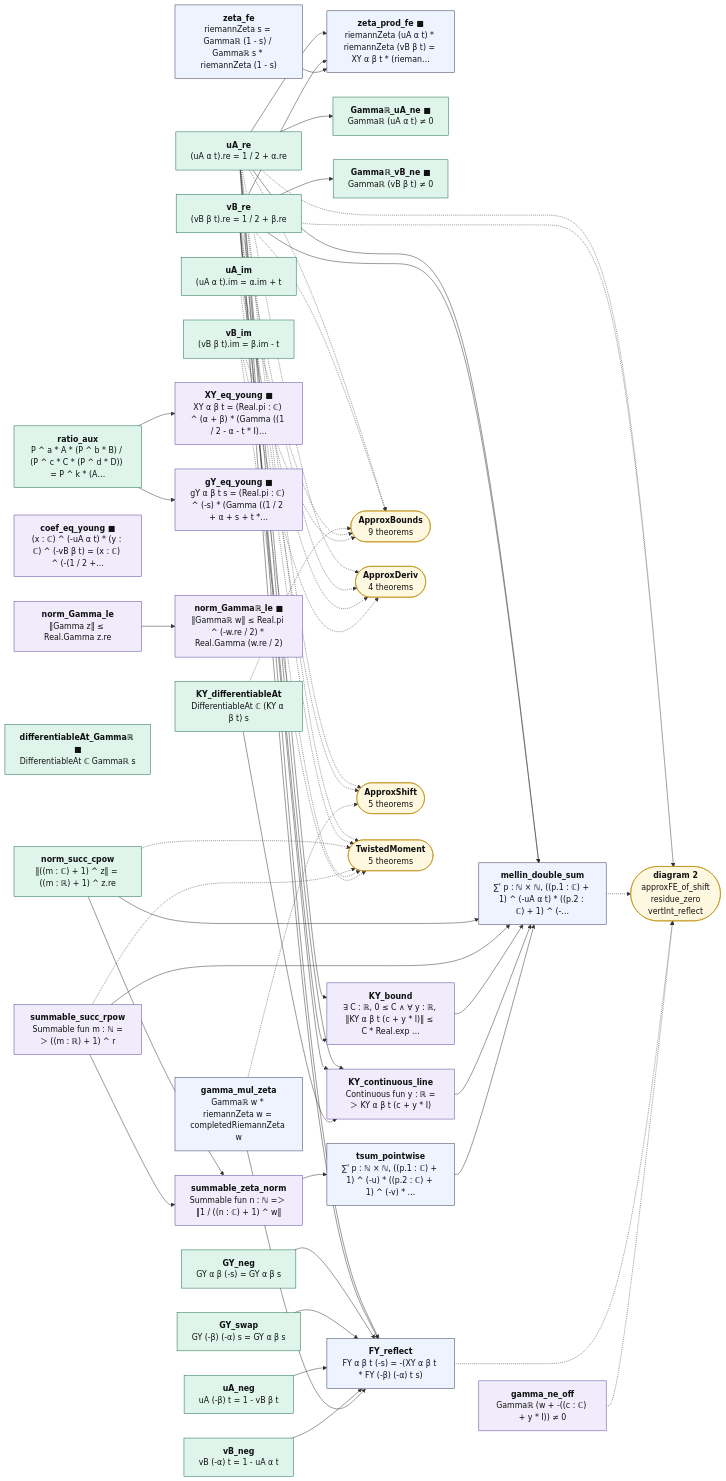
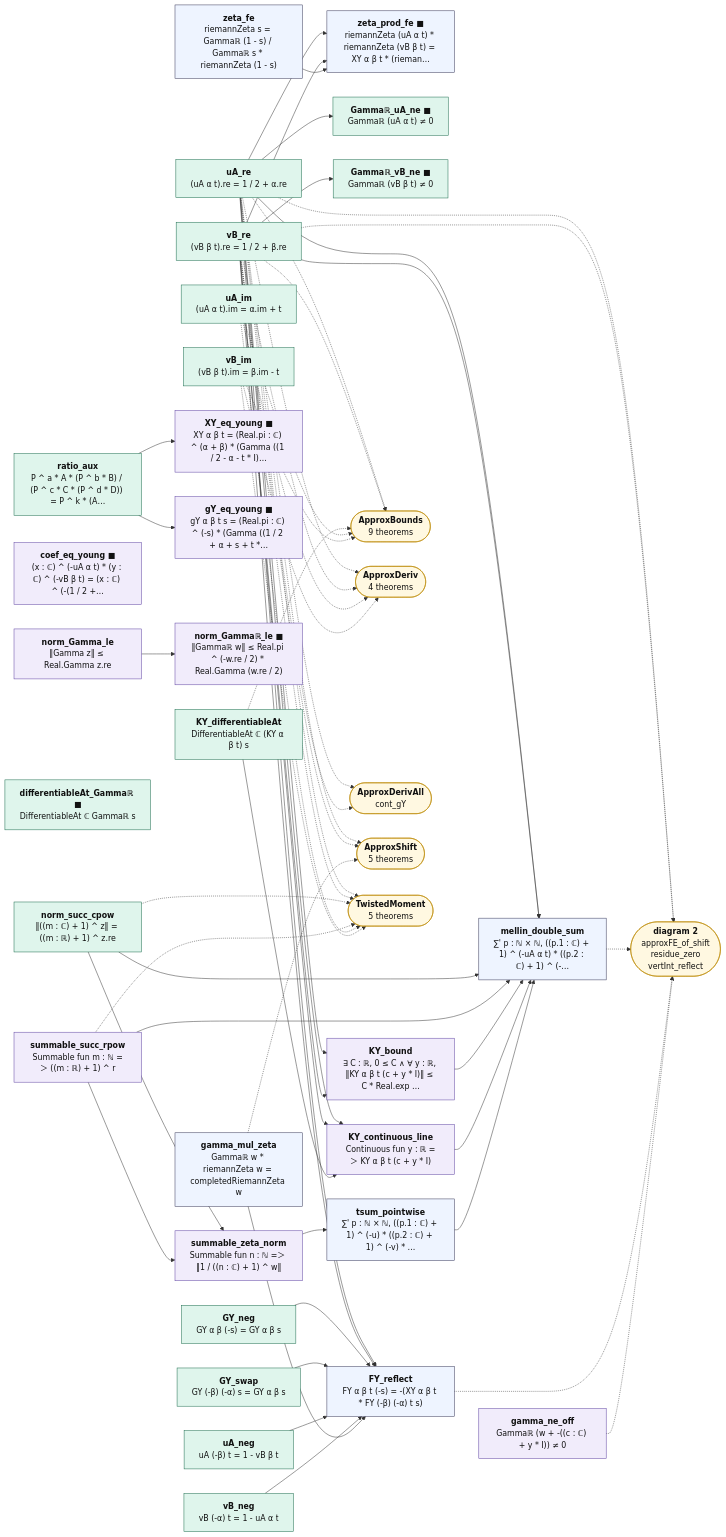
One commit to juliansambranojr/Primebeat_081426 changed the diagram in map/lean_stage3/ApproxFE.1.mmd. Above: the diagram before and after it, drawn with Mermaid. The commit also changed 25 other files, not shown here.

```diff
--- a/map/lean_stage3/ApproxFE.1.mmd
+++ b/map/lean_stage3/ApproxFE.1.mmd
@@ -1,97 +1,100 @@
 flowchart LR
   n0["<b>uA_re</b><br/>(uA α t).re = 1 / 2 + α.re"]:::cnt
   n1["<b>vB_re</b><br/>(vB β t).re = 1 / 2 + β.re"]:::cnt
   n2["<b>uA_im</b><br/>(uA α t).im = α.im + t"]:::cnt
   n3["<b>vB_im</b><br/>(vB β t).im = β.im - t"]:::cnt
   n4["<b>zeta_fe</b><br/>riemannZeta s = Gammaℝ (1 - s) / Gammaℝ s * riemannZeta (1 - s)"]:::thm
   n5["<b>zeta_prod_fe ■</b><br/>riemannZeta (uA α t) * riemannZeta (vB β t) = XY α β t * (rieman…"]:::thm
   n6["<b>Gammaℝ_uA_ne ■</b><br/>Gammaℝ (uA α t) ≠ 0"]:::cnt
   n7["<b>Gammaℝ_vB_ne ■</b><br/>Gammaℝ (vB β t) ≠ 0"]:::cnt
   n8["<b>ratio_aux</b><br/>P ^ a * A * (P ^ b * B) / (P ^ c * C * (P ^ d * D)) = P ^ k * (A…"]:::cnt
   n9["<b>XY_eq_young ■</b><br/>XY α β t = (Real.pi : ℂ) ^ (α + β) * (Gamma ((1 / 2 - α - t * I)…"]:::shp
   n10["<b>gY_eq_young ■</b><br/>gY α β t s = (Real.pi : ℂ) ^ (-s) * (Gamma ((1 / 2 + α + s + t *…"]:::shp
   n11["<b>coef_eq_young ■</b><br/>(x : ℂ) ^ (-uA α t) * (y : ℂ) ^ (-vB β t) = (x : ℂ) ^ (-(1 / 2 +…"]:::shp
   n12["<b>norm_Gamma_le</b><br/>‖Gamma z‖ ≤ Real.Gamma z.re"]:::shp
   n13["<b>norm_Gammaℝ_le ■</b><br/>‖Gammaℝ w‖ ≤ Real.pi ^ (-w.re / 2) * Real.Gamma (w.re / 2)"]:::shp
   n14["<b>differentiableAt_Gammaℝ ■</b><br/>DifferentiableAt ℂ Gammaℝ s"]:::cnt
   n15["<b>norm_succ_cpow</b><br/>‖((m : ℂ) + 1) ^ z‖ = ((m : ℝ) + 1) ^ z.re"]:::cnt
   n16["<b>summable_succ_rpow</b><br/>Summable fun m : ℕ =＞ ((m : ℝ) + 1) ^ r"]:::shp
   n17["<b>summable_zeta_norm</b><br/>Summable fun n : ℕ =＞ ‖1 / ((n : ℂ) + 1) ^ w‖"]:::shp
   n18["<b>KY_bound</b><br/>∃ C : ℝ, 0 ≤ C ∧ ∀ y : ℝ, ‖KY α β t (c + y * I)‖ ≤ C * Real.exp …"]:::shp
   n19["<b>KY_differentiableAt</b><br/>DifferentiableAt ℂ (KY α β t) s"]:::cnt
   n20["<b>KY_continuous_line</b><br/>Continuous fun y : ℝ =＞ KY α β t (c + y * I)"]:::shp
   n21["<b>tsum_pointwise</b><br/>∑' p : ℕ × ℕ, ((p.1 : ℂ) + 1) ^ (-u) * ((p.2 : ℂ) + 1) ^ (-v) * …"]:::thm
   n22["<b>mellin_double_sum</b><br/>∑' p : ℕ × ℕ, ((p.1 : ℂ) + 1) ^ (-uA α t) * ((p.2 : ℂ) + 1) ^ (-…"]:::thm
   n23["<b>GY_neg</b><br/>GY α β (-s) = GY α β s"]:::cnt
   n24["<b>GY_swap</b><br/>GY (-β) (-α) s = GY α β s"]:::cnt
   n25["<b>uA_neg</b><br/>uA (-β) t = 1 - vB β t"]:::cnt
   n26["<b>vB_neg</b><br/>vB (-α) t = 1 - uA α t"]:::cnt
   n27["<b>gamma_mul_zeta</b><br/>Gammaℝ w * riemannZeta w = completedRiemannZeta w"]:::thm
   n28["<b>FY_reflect</b><br/>FY α β t (-s) = -(XY α β t * FY (-β) (-α) t s)"]:::thm
   n29["<b>gamma_ne_off</b><br/>Gammaℝ (w + -((c : ℂ) + y * I)) ≠ 0"]:::shp
   x0(["<b>ApproxBounds</b><br/>9 theorems"]):::ext
   x1(["<b>ApproxDeriv</b><br/>4 theorems"]):::ext
-  x2(["<b>diagram 2</b><br/>approxFE_of_shift<br/>residue_zero<br/>vertInt_reflect"]):::ext
-  x3(["<b>ApproxShift</b><br/>5 theorems"]):::ext
-  x4(["<b>TwistedMoment</b><br/>5 theorems"]):::ext
+  x2(["<b>ApproxDerivAll</b><br/>cont_gY"]):::ext
+  x3(["<b>diagram 2</b><br/>approxFE_of_shift<br/>residue_zero<br/>vertInt_reflect"]):::ext
+  x4(["<b>ApproxShift</b><br/>5 theorems"]):::ext
+  x5(["<b>TwistedMoment</b><br/>5 theorems"]):::ext
   n0 --> n18
   n0 --> n20
   n0 --> n22
   n0 --> n28
   n0 --> n5
   n0 --> n6
   n1 --> n18
   n1 --> n20
   n1 --> n22
   n1 --> n28
   n1 --> n5
   n1 --> n7
   n12 --> n13
   n15 --> n17
   n15 --> n22
   n16 --> n17
   n16 --> n22
   n17 --> n21
   n18 --> n22
   n19 --> n20
   n20 --> n22
   n21 --> n22
   n23 --> n28
   n24 --> n28
   n25 --> n28
   n26 --> n28
   n27 --> n28
   n4 --> n5
   n8 --> n10
   n8 --> n9
   n0 -.-> x0
   n0 -.-> x1
   n0 -.-> x2
   n0 -.-> x3
   n0 -.-> x4
+  n0 -.-> x5
   n1 -.-> x0
   n1 -.-> x1
   n1 -.-> x2
   n1 -.-> x3
   n1 -.-> x4
-  n15 -.-> x4
-  n16 -.-> x4
+  n1 -.-> x5
+  n15 -.-> x5
+  n16 -.-> x5
   n19 -.-> x0
   n2 -.-> x0
   n2 -.-> x1
-  n2 -.-> x4
-  n22 -.-> x2
-  n27 -.-> x3
-  n28 -.-> x2
-  n29 -.-> x2
+  n2 -.-> x5
+  n22 -.-> x3
+  n27 -.-> x4
+  n28 -.-> x3
+  n29 -.-> x3
   n3 -.-> x0
   n3 -.-> x1
-  n3 -.-> x4
+  n3 -.-> x5
   classDef cnt fill:#dff5ec,stroke:#17694a,color:#111
   classDef shp fill:#f1ecfb,stroke:#5b3fa0,color:#111
   classDef rh fill:#ffe5e5,stroke:#c22,color:#111,stroke-width:2px
   classDef thm fill:#eef4ff,stroke:#335,color:#111
   classDef end_ fill:#e7f7e7,stroke:#2a7,color:#111,stroke-width:2px
   classDef lone fill:#fff,stroke:#999,color:#111,stroke-dasharray:4 3
   classDef bad fill:#ffe5e5,stroke:#c22,color:#111,stroke-width:2px
   classDef ext fill:#fff8e1,stroke:#b80,color:#111
```
